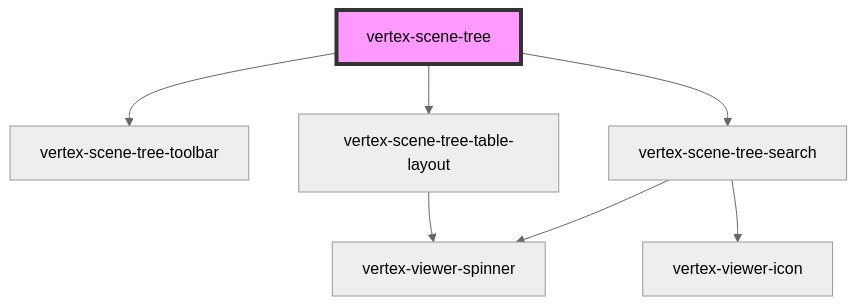
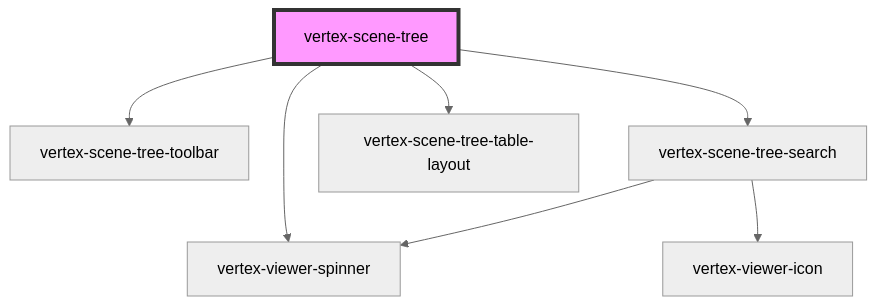
Before and after one commit to Vertexvis/vertex-web-sdk: the diagram in packages/viewer/src/components/scene-tree/readme.md, drawn with Mermaid (neutral theme). The commit also changed other lines of this file and 16 other files, not shown here.

````diff
--- a/packages/viewer/src/components/scene-tree/readme.md
+++ b/packages/viewer/src/components/scene-tree/readme.md
@@ -504,10 +505,10 @@
 ```mermaid
 graph TD;
   vertex-scene-tree --> vertex-scene-tree-toolbar
   vertex-scene-tree --> vertex-scene-tree-search
+  vertex-scene-tree --> vertex-viewer-spinner
   vertex-scene-tree --> vertex-scene-tree-table-layout
   vertex-scene-tree-search --> vertex-viewer-spinner
   vertex-scene-tree-search --> vertex-viewer-icon
-  vertex-scene-tree-table-layout --> vertex-viewer-spinner
   style vertex-scene-tree fill:#f9f,stroke:#333,stroke-width:4px
 ```
````
